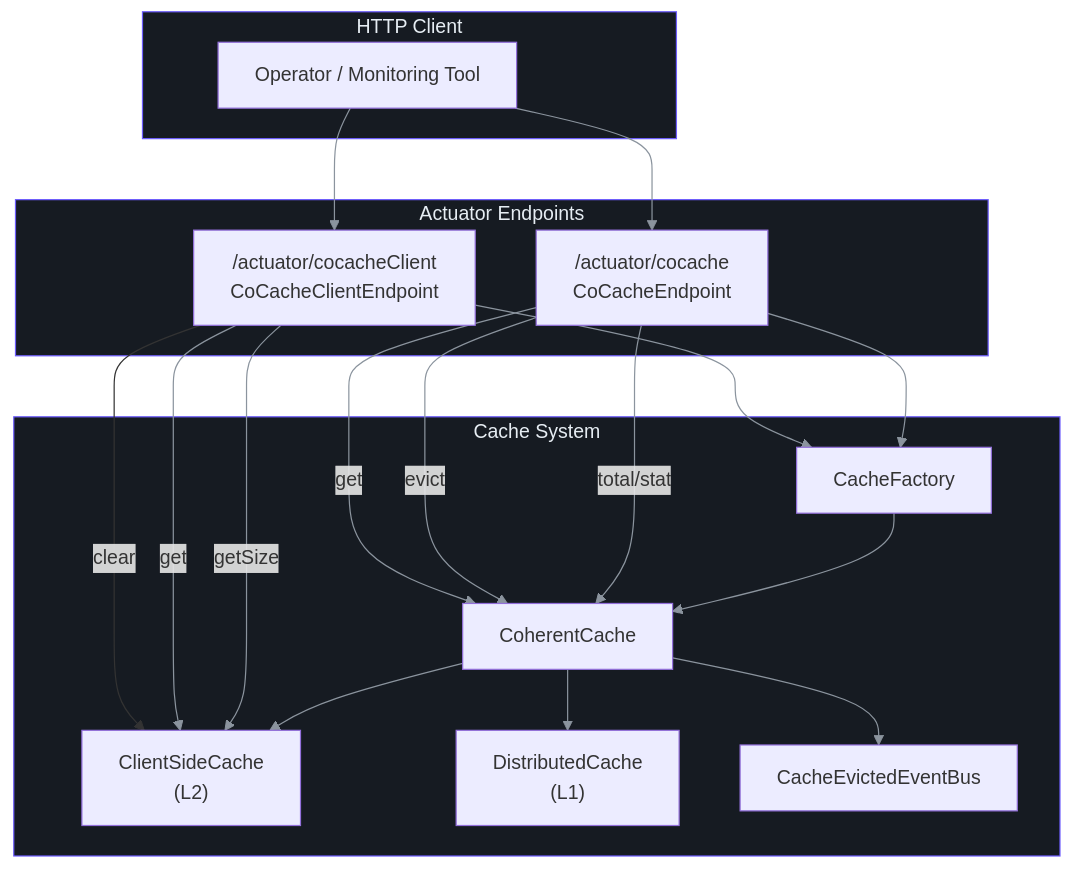
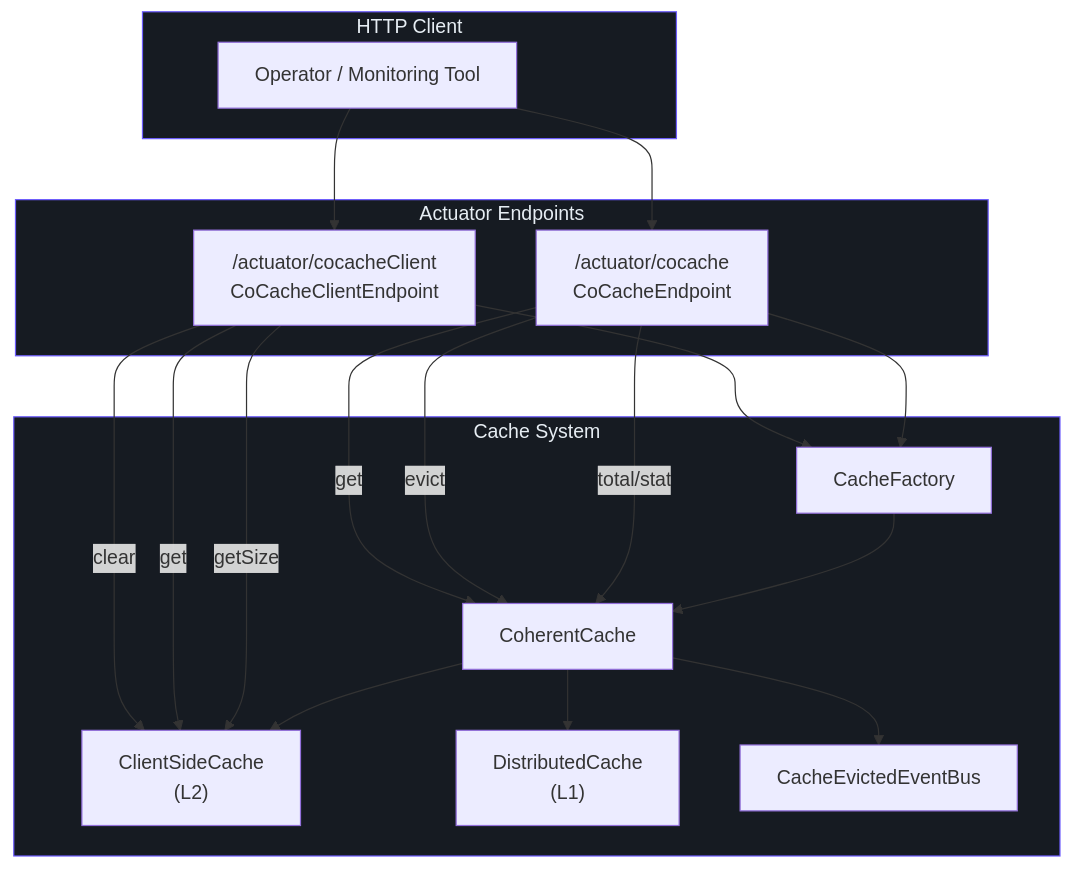
One commit to Ahoo-Wang/CoCache changed the second of 3 diagrams in wiki/api/actuator.md. Above: the diagram before and after it, drawn with Mermaid. The commit also changed other lines of this file and 4 other files, not shown here.

First line of the commit message:
fix(wiki): remove all numbered linkStyle directives from mermaid diagrams

````diff
--- a/wiki/api/actuator.md
+++ b/wiki/api/actuator.md
@@ -206,51 +206,38 @@
 ```mermaid
 graph TB
     subgraph Client["HTTP Client"]
         style Client fill:#161b22,stroke:#6d5dfc,color:#e6edf3
         User["Operator / Monitoring Tool"]
     end
 
     subgraph Endpoints["Actuator Endpoints"]
         style Endpoints fill:#161b22,stroke:#6d5dfc,color:#e6edf3
         EP["/actuator/cocache<br>CoCacheEndpoint"]
         CEP["/actuator/cocacheClient<br>CoCacheClientEndpoint"]
     end
 
     subgraph CacheSystem["Cache System"]
         style CacheSystem fill:#161b22,stroke:#6d5dfc,color:#e6edf3
         CF["CacheFactory"]
         CC["CoherentCache"]
         L2["ClientSideCache<br>(L2)"]
         L1["DistributedCache<br>(L1)"]
         Bus["CacheEvictedEventBus"]
     end
 
     User --> EP
     User --> CEP
     EP --> CF
     CEP --> CF
     CF --> CC
     CC --> L2
     CC --> L1
     CC --> Bus
     EP -- "total/stat" --> CC
     EP -- "evict" --> CC
     EP -- "get" --> CC
     CEP -- "getSize" --> L2
     CEP -- "get" --> L2
     CEP -- "clear" --> L2
 
-    linkStyle 0 stroke:#8b949e
-    linkStyle 1 stroke:#8b949e
-    linkStyle 2 stroke:#8b949e
-    linkStyle 3 stroke:#8b949e
-    linkStyle 4 stroke:#8b949e
-    linkStyle 5 stroke:#8b949e
-    linkStyle 6 stroke:#8b949e
-    linkStyle 7 stroke:#8b949e
-    linkStyle 8 stroke:#8b949e
-    linkStyle 9 stroke:#8b949e
-    linkStyle 10 stroke:#8b949e
-    linkStyle 11 stroke:#8b949e
-    linkStyle 12 stroke:#8b949e
 ```
````
